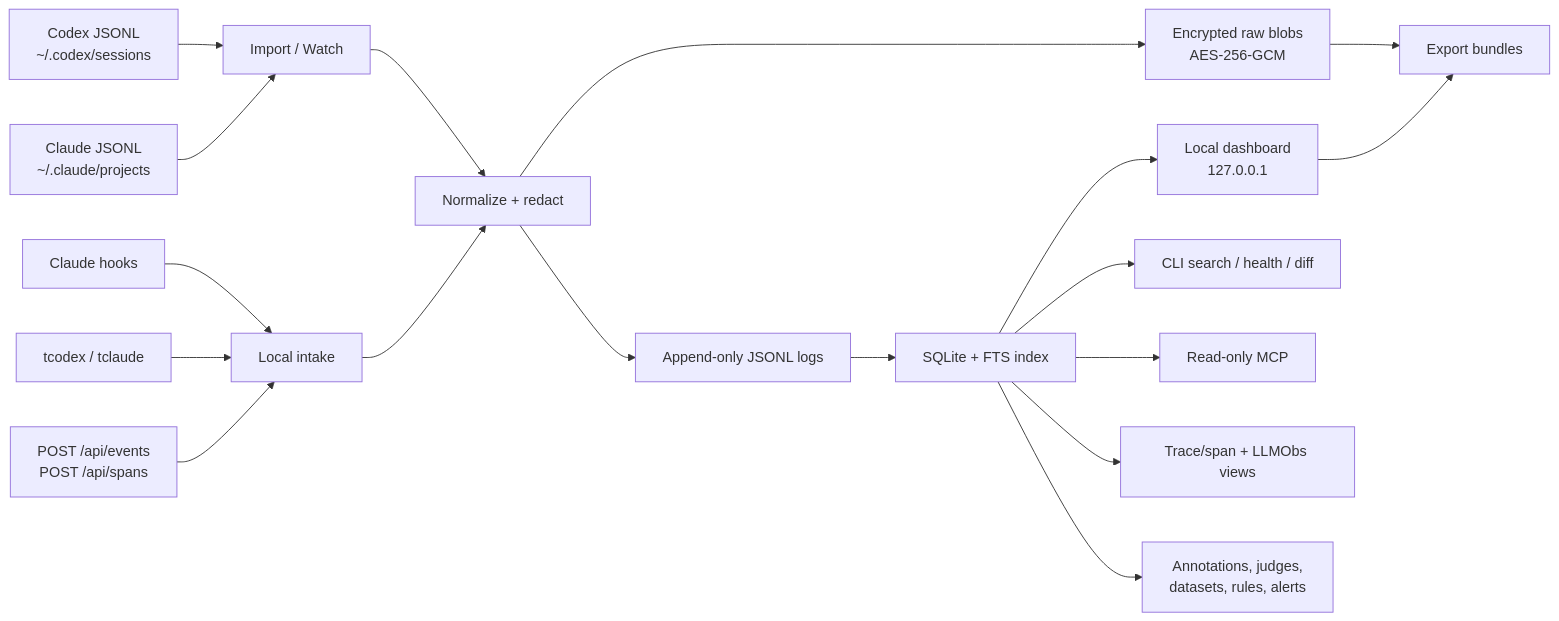
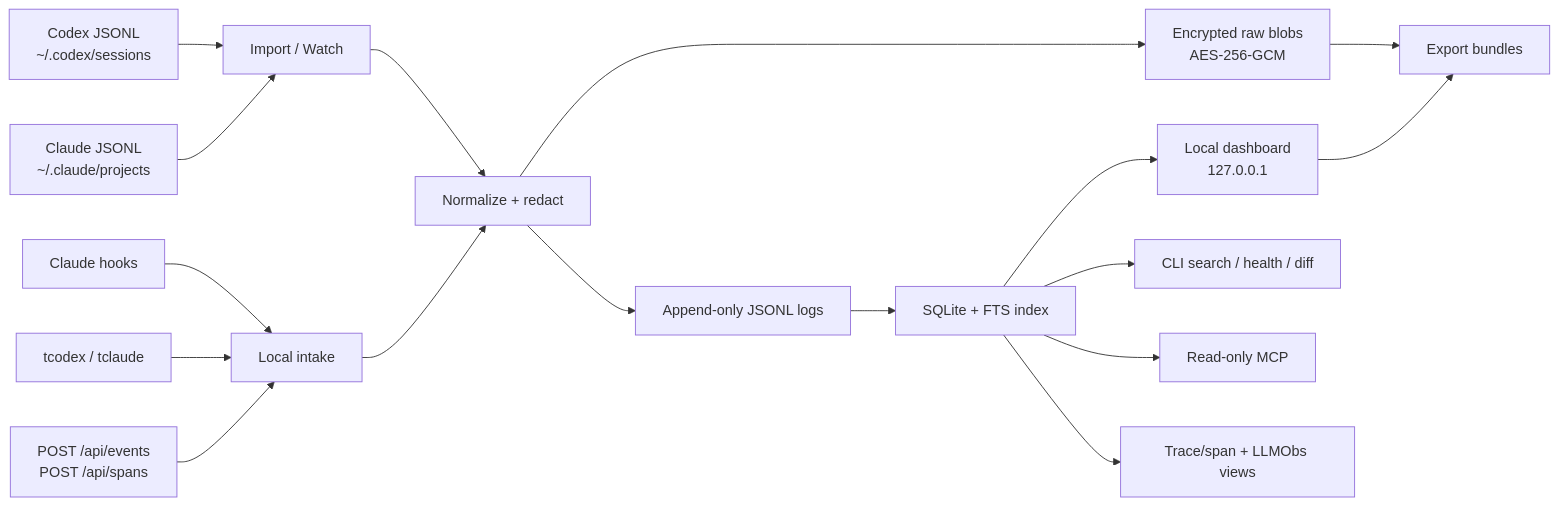
Before and after one commit to ssreeni1/tracebase: the diagram in ARCHITECTURE.md, drawn with Mermaid. The commit also changed other lines of this file and 20 other files, not shown here.

````diff
--- a/ARCHITECTURE.md
+++ b/ARCHITECTURE.md
@@ -7,21 +7,20 @@
 ```mermaid
 flowchart LR
   codex["Codex JSONL<br/>~/.codex/sessions"] --> import["Import / Watch"]
   claude["Claude JSONL<br/>~/.claude/projects"] --> import
   hooks["Claude hooks"] --> intake["Local intake"]
   wrappers["tcodex / tclaude"] --> intake
   http["POST /api/events<br/>POST /api/spans"] --> intake
 
   import --> normalize["Normalize + redact"]
   intake --> normalize
   normalize --> raw["Encrypted raw blobs<br/>AES-256-GCM"]
   normalize --> logs["Append-only JSONL logs"]
   logs --> index["SQLite + FTS index"]
   raw --> export["Export bundles"]
   index --> dashboard["Local dashboard<br/>127.0.0.1"]
   index --> cli["CLI search / health / diff"]
   index --> mcp["Read-only MCP"]
   index --> llmobs["Trace/span + LLMObs views"]
-  index --> intelligence["Annotations, judges,<br/>datasets, rules, alerts"]
   dashboard --> export
 ```
````
